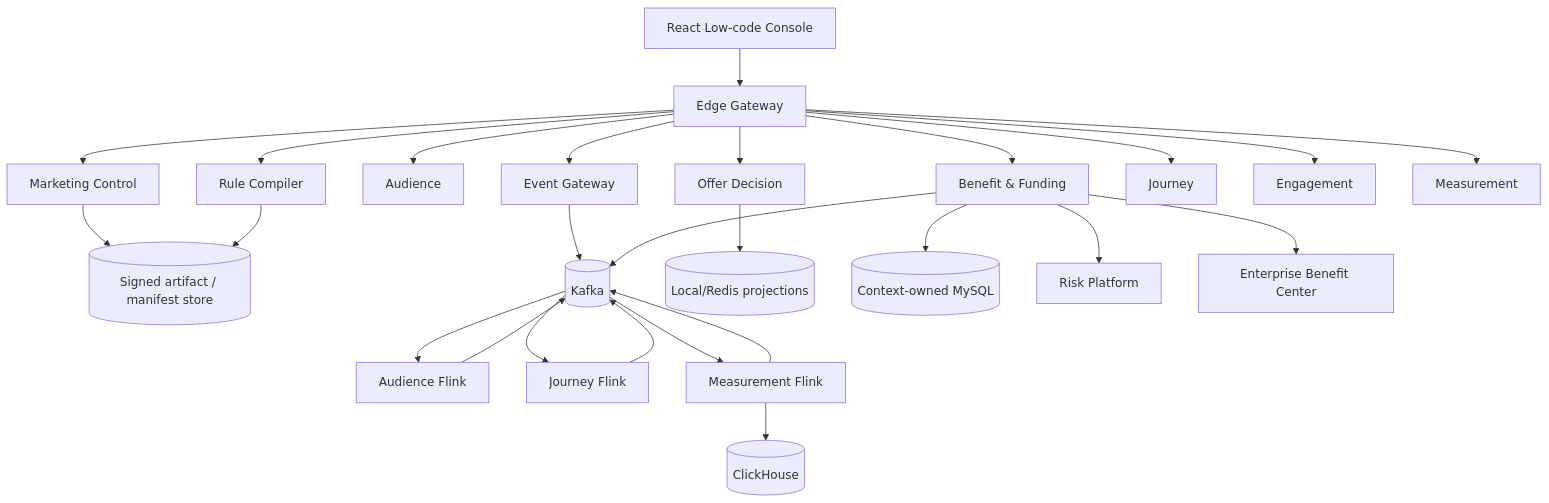
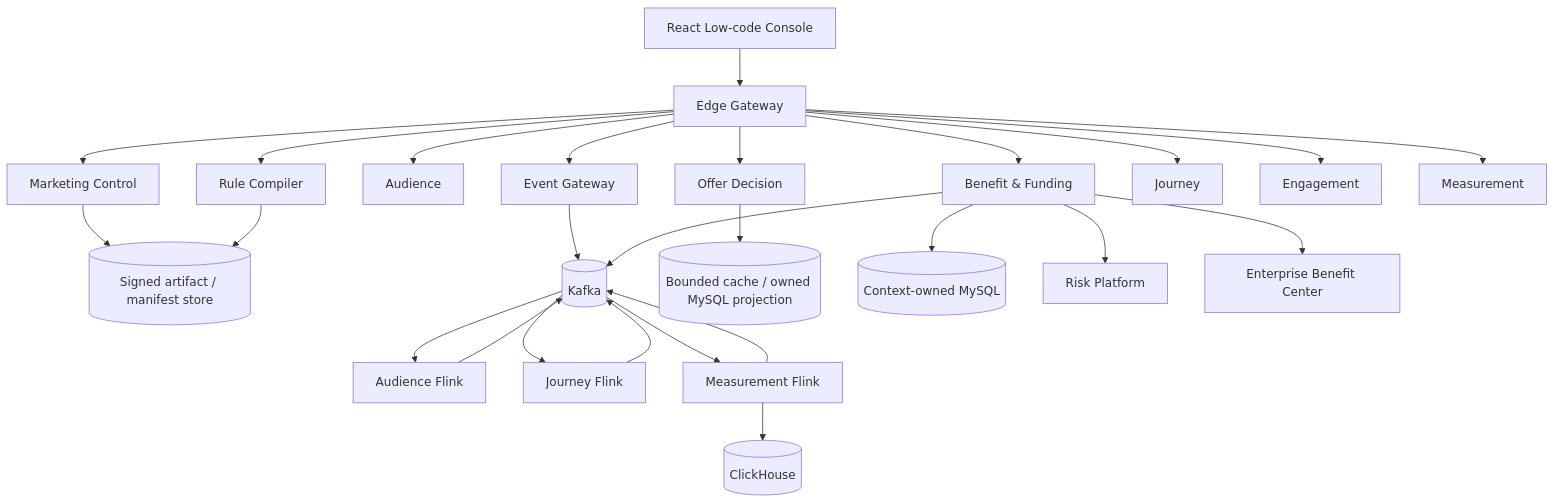
Before and after one commit to lirji/marketing-lowcode-platform: the first of 2 diagrams in docs/architecture/README.md, drawn with Mermaid. The commit also changed other lines of this file and 8 other files, not shown here.

Commit message:
docs(architecture): 记录正确性修复与验证运行边界

````diff
--- a/docs/architecture/README.md
+++ b/docs/architecture/README.md
@@ -7,28 +7,28 @@
 ```mermaid
 flowchart TB
   UI[React Low-code Console] --> GW[Edge Gateway]
   GW --> CTL[Marketing Control]
   GW --> CMP[Rule Compiler]
   GW --> AUD[Audience]
   GW --> DEC[Offer Decision]
   GW --> BEN[Benefit & Funding]
   GW --> EVT[Event Gateway]
   GW --> JRN[Journey]
   GW --> ENG[Engagement]
   GW --> MES[Measurement]
   CTL --> OBJ[(Signed artifact / manifest store)]
   CMP --> OBJ
   EVT --> K[(Kafka)]
   K --> AF[Audience Flink]
   K --> JF[Journey Flink]
   K --> MF[Measurement Flink]
   AF --> K
   JF --> K
   MF --> K
-  DEC --> RP[(Local/Redis projections)]
+  DEC --> RP[(Bounded cache / owned MySQL projection)]
   BEN --> DB[(Context-owned MySQL)]
   BEN --> RISK[Risk Platform]
   BEN --> BC[Enterprise Benefit Center]
   BEN --> K
   MF --> CH[(ClickHouse)]
 ```
````
